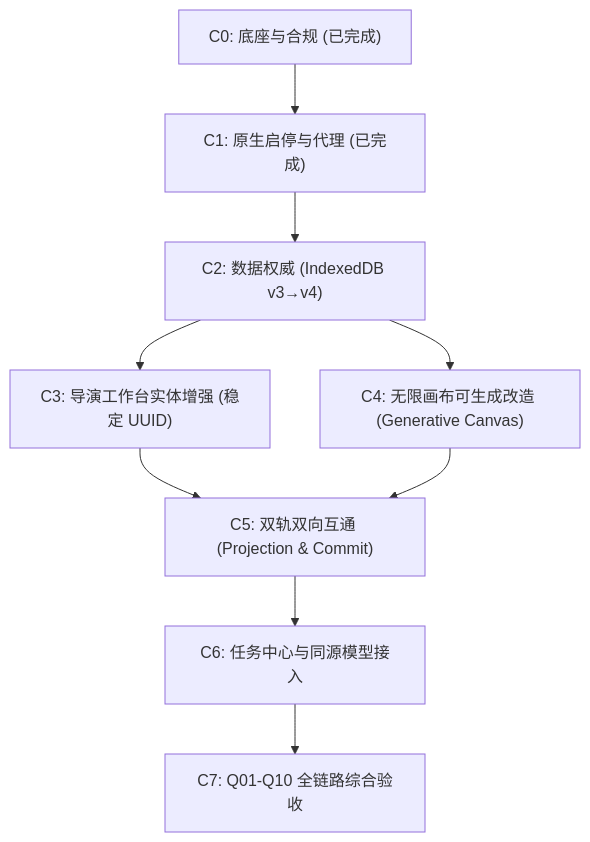
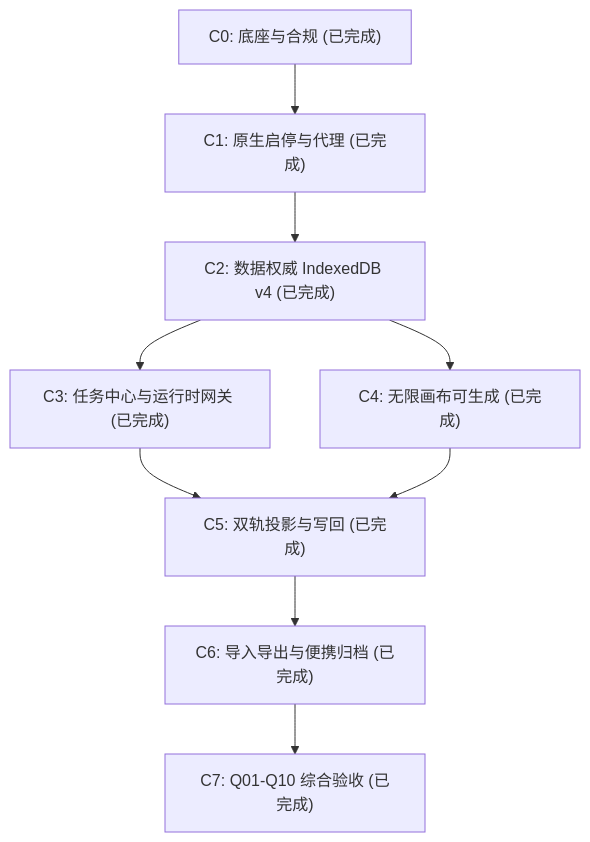
Before and after one commit to Sheldon-Bacchus/bigbanana: the diagram in HANDOFF.md, drawn with Mermaid. The commit also changed other lines of this file, not shown here.

````diff
--- a/HANDOFF.md
+++ b/HANDOFF.md
@@ -114,11 +117,11 @@
 ```mermaid
 flowchart TD
     C0["C0: 底座与合规 (已完成)"] --> C1["C1: 原生启停与代理 (已完成)"]
-    C1 --> C2["C2: 数据权威 (IndexedDB v3→v4)"]
-    C2 --> C3["C3: 导演工作台实体增强 (稳定 UUID)"]
-    C2 --> C4["C4: 无限画布可生成改造 (Generative Canvas)"]
-    C3 --> C5["C5: 双轨双向互通 (Projection & Commit)"]
+    C1 --> C2["C2: 数据权威 IndexedDB v4 (已完成)"]
+    C2 --> C3["C3: 任务中心与运行时网关 (已完成)"]
+    C2 --> C4["C4: 无限画布可生成 (已完成)"]
+    C3 --> C5["C5: 双轨投影与写回 (已完成)"]
     C4 --> C5
-    C5 --> C6["C6: 任务中心与同源模型接入"]
-    C6 --> C7["C7: Q01-Q10 全链路综合验收"]
+    C5 --> C6["C6: 导入导出与便携归档 (已完成)"]
+    C6 --> C7["C7: Q01-Q10 综合验收 (已完成)"]
 ```
````
